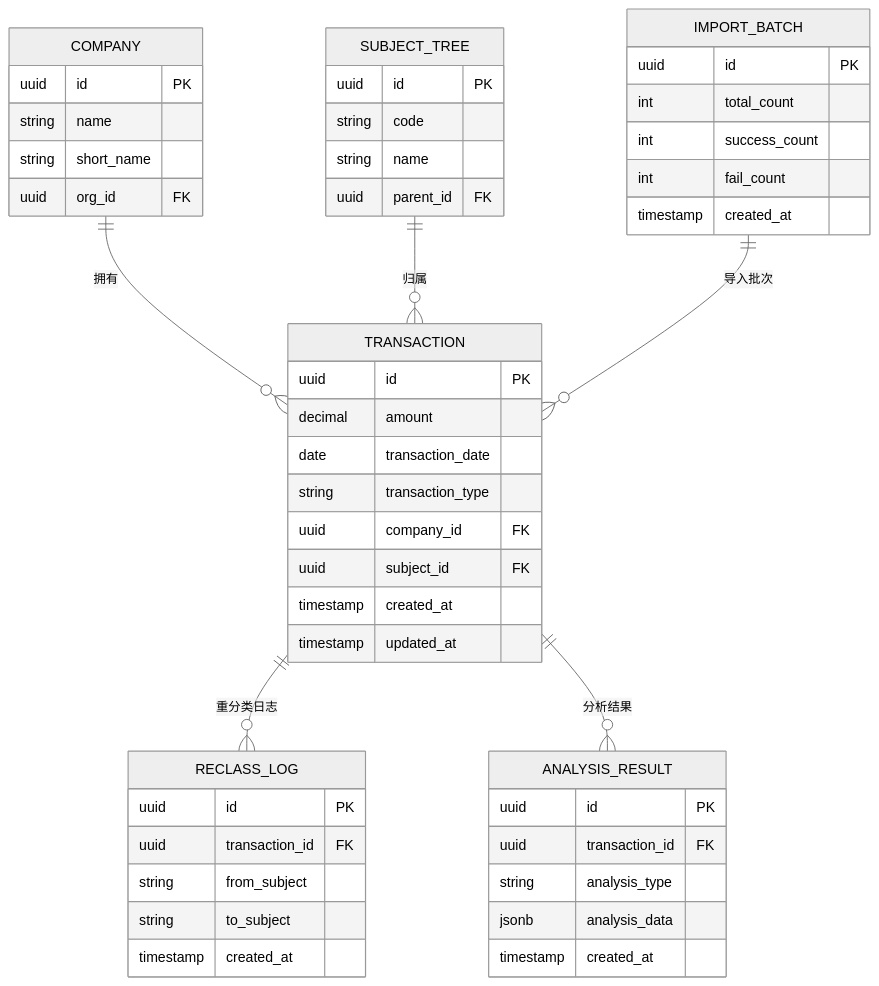
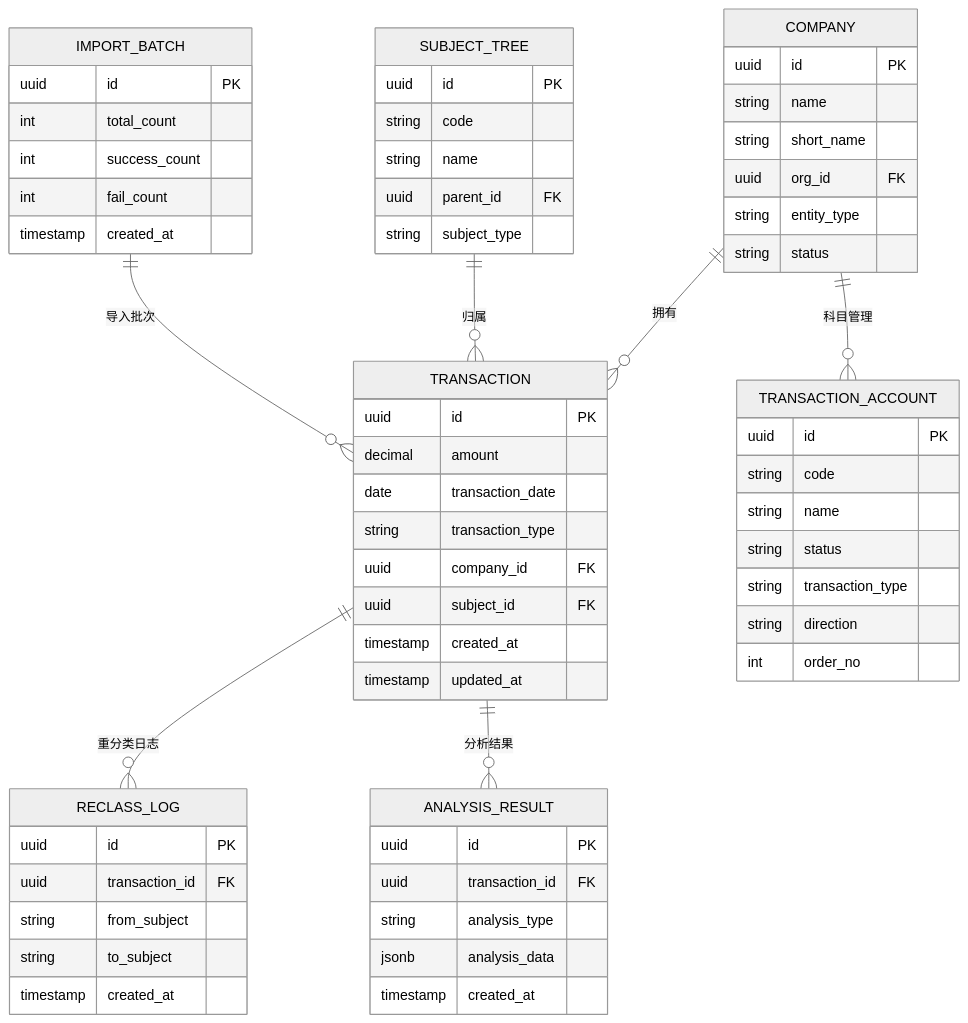
Before and after one commit to Damao997/newproject: the ninth of 10 diagrams in .qoder/repowiki/zh/content/核心模块/交易分析模块.md, drawn with Mermaid (neutral theme). The commit also changed other lines of this file and 22 other files, not shown here.

````diff
--- a/.qoder/repowiki/zh/content/核心模块/交易分析模块.md
+++ b/.qoder/repowiki/zh/content/核心模块/交易分析模块.md
@@ -428,51 +478,64 @@
 ```mermaid
 erDiagram
 TRANSACTION {
 uuid id PK
 decimal amount
 date transaction_date
 string transaction_type
 uuid company_id FK
 uuid subject_id FK
 timestamp created_at
 timestamp updated_at
 }
 COMPANY {
 uuid id PK
 string name
 string short_name
 uuid org_id FK
+string entity_type
+string status
 }
 SUBJECT_TREE {
 uuid id PK
 string code
 string name
 uuid parent_id FK
+string subject_type
 }
 IMPORT_BATCH {
 uuid id PK
 int total_count
 int success_count
 int fail_count
 timestamp created_at
 }
 RECLASS_LOG {
 uuid id PK
 uuid transaction_id FK
 string from_subject
 string to_subject
 timestamp created_at
 }
 ANALYSIS_RESULT {
 uuid id PK
 uuid transaction_id FK
 string analysis_type
 jsonb analysis_data
 timestamp created_at
 }
+TRANSACTION_ACCOUNT {
+uuid id PK
+string code
+string name
+string status
+string transaction_type
+string direction
+int order_no
+}
 COMPANY ||--o{ TRANSACTION : "拥有"
 SUBJECT_TREE ||--o{ TRANSACTION : "归属"
 IMPORT_BATCH ||--o{ TRANSACTION : "导入批次"
 TRANSACTION ||--o{ RECLASS_LOG : "重分类日志"
 TRANSACTION ||--o{ ANALYSIS_RESULT : "分析结果"
+COMPANY ||--o{ TRANSACTION_ACCOUNT : "科目管理"
 ```
````
